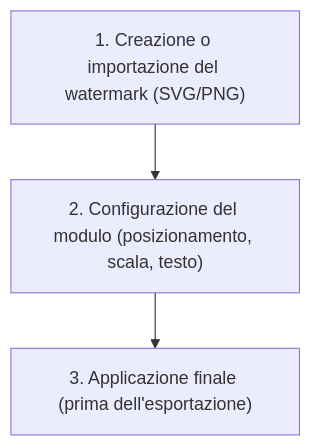
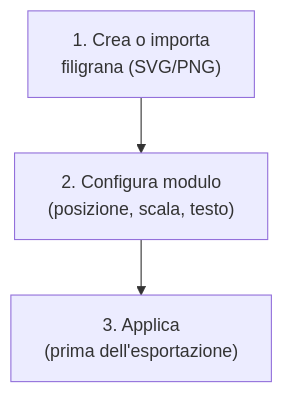
The diagram in docs/modules/watermark.md (lorenzoperone/darktable-docs), drawn with Mermaid before and after one commit. The commit also changed 40 other files, not shown here.

First line of the commit message:
fix: reformatta diagrammi Mermaid — etichette brevi, break line, italiano

````diff
--- a/docs/modules/watermark.md
+++ b/docs/modules/watermark.md
@@ -19,4 +19,4 @@
 ```mermaid
 flowchart TD
-    A["1. Creazione o importazione del watermark (SVG/PNG)"] --> B["2. Configurazione del modulo (posizionamento, scala, testo)"] --> C["3. Applicazione finale (prima dell'esportazione)"]
+    A["1. Crea o importa<br/>filigrana (SVG/PNG)"] --> B["2. Configura modulo<br/>(posizione, scala, testo)"] --> C["3. Applica<br/>(prima dell'esportazione)"]
 ```
````
